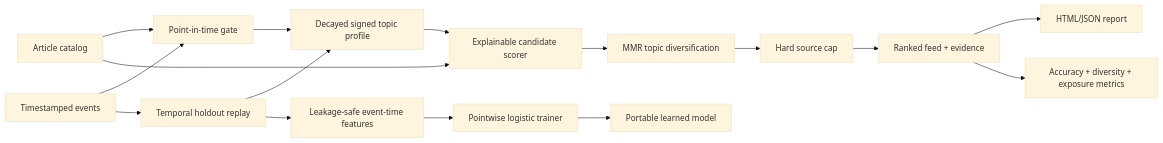
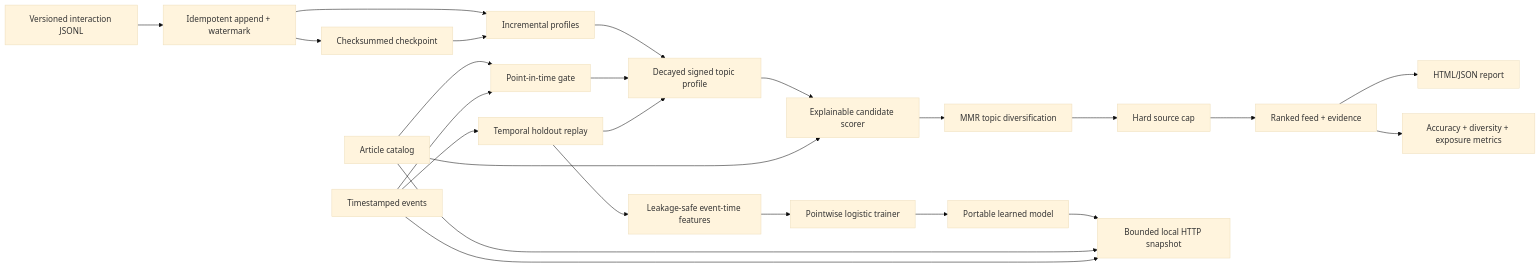
Before and after one commit to appleweiping/MosaicFeed: the diagram in README.md, drawn with Mermaid (base theme). The commit also changed other lines of this file and 41 other files, not shown here.

````diff
--- a/README.md
+++ b/README.md
@@ -93,18 +116,26 @@
 ```mermaid
 flowchart LR
     A[Article catalog] --> G[Point-in-time gate]
     E[Timestamped events] --> G
+    I[Versioned interaction JSONL] --> J[Idempotent append + watermark]
+    J --> K[Incremental profiles]
+    J --> X[Checksummed checkpoint]
+    X --> K
+    K --> P
     G --> P[Decayed signed topic profile]
     P --> S[Explainable candidate scorer]
     A --> S
     S --> M[MMR topic diversification]
     M --> C[Hard source cap]
     C --> F[Ranked feed + evidence]
     F --> R[HTML/JSON report]
     E --> H[Temporal holdout replay]
     H --> P
     F --> Q[Accuracy + diversity + exposure metrics]
     H --> L[Leakage-safe event-time features]
     L --> T[Pointwise logistic trainer]
     T --> U[Portable learned model]
+    U --> V[Bounded local HTTP snapshot]
+    A --> V
+    E --> V
 ```
````
